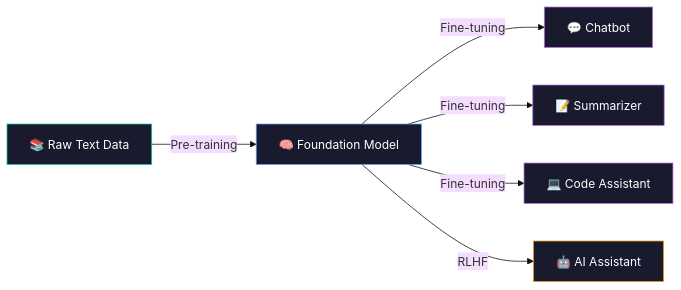
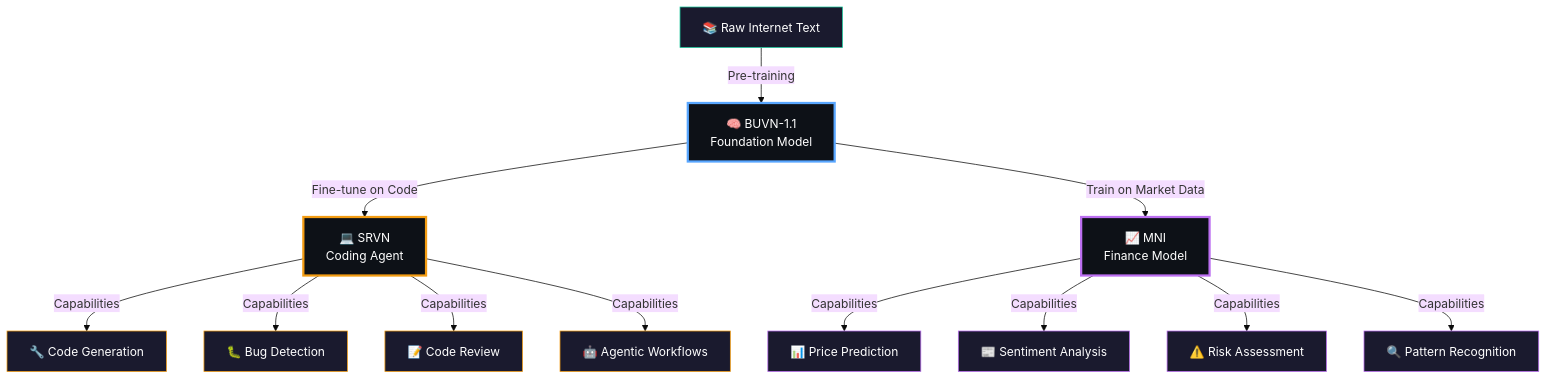
The first of 2 diagrams in README.md (bhuvan0808/beuvian), drawn with Mermaid (base theme) before and after one commit. The commit also changed other lines of this file and 12 other files, not shown here.

````diff
--- a/README.md
+++ b/README.md
@@ -87,15 +94,30 @@
 ```mermaid
-graph LR
-    A[📚 Raw Text Data] -->|Pre-training| B[🧠 Foundation Model]
-    B -->|Fine-tuning| C[💬 Chatbot]
-    B -->|Fine-tuning| D[📝 Summarizer]
-    B -->|Fine-tuning| E[💻 Code Assistant]
-    B -->|RLHF| F[🤖 AI Assistant]
-    
-    style A fill:#1a1a2e,stroke:#16c79a,color:#fff
-    style B fill:#1a1a2e,stroke:#58a6ff,color:#fff
-    style C fill:#1a1a2e,stroke:#bc6ff1,color:#fff
-    style D fill:#1a1a2e,stroke:#bc6ff1,color:#fff
-    style E fill:#1a1a2e,stroke:#bc6ff1,color:#fff
-    style F fill:#1a1a2e,stroke:#f39c12,color:#fff
+graph TD
+    RAW["📚 Raw Internet Text"] -->|Pre-training| BUVN["🧠 BUVN-1.1<br/>Foundation Model"]
+
+    BUVN -->|Fine-tune on Code| SRVN["💻 SRVN<br/>Coding Agent"]
+    BUVN -->|Train on Market Data| MNI["📈 MNI<br/>Finance Model"]
+
+    SRVN -->|Capabilities| S1["🔧 Code Generation"]
+    SRVN -->|Capabilities| S2["🐛 Bug Detection"]
+    SRVN -->|Capabilities| S3["📝 Code Review"]
+    SRVN -->|Capabilities| S4["🤖 Agentic Workflows"]
+
+    MNI -->|Capabilities| M1["📊 Price Prediction"]
+    MNI -->|Capabilities| M2["📰 Sentiment Analysis"]
+    MNI -->|Capabilities| M3["⚠️ Risk Assessment"]
+    MNI -->|Capabilities| M4["🔍 Pattern Recognition"]
+
+    style RAW fill:#1a1a2e,stroke:#16c79a,color:#fff
+    style BUVN fill:#0d1117,stroke:#58a6ff,color:#fff,stroke-width:3px
+    style SRVN fill:#0d1117,stroke:#f39c12,color:#fff,stroke-width:3px
+    style MNI fill:#0d1117,stroke:#bc6ff1,color:#fff,stroke-width:3px
+    style S1 fill:#1a1a2e,stroke:#f39c12,color:#fff
+    style S2 fill:#1a1a2e,stroke:#f39c12,color:#fff
+    style S3 fill:#1a1a2e,stroke:#f39c12,color:#fff
+    style S4 fill:#1a1a2e,stroke:#f39c12,color:#fff
+    style M1 fill:#1a1a2e,stroke:#bc6ff1,color:#fff
+    style M2 fill:#1a1a2e,stroke:#bc6ff1,color:#fff
+    style M3 fill:#1a1a2e,stroke:#bc6ff1,color:#fff
+    style M4 fill:#1a1a2e,stroke:#bc6ff1,color:#fff
 ```
````
